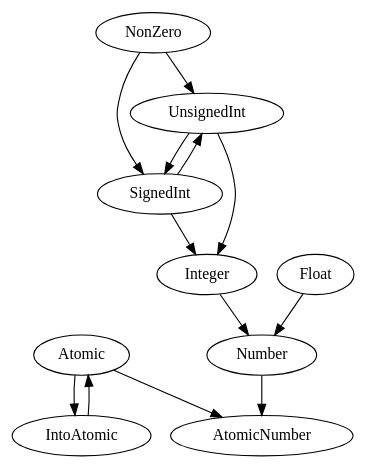
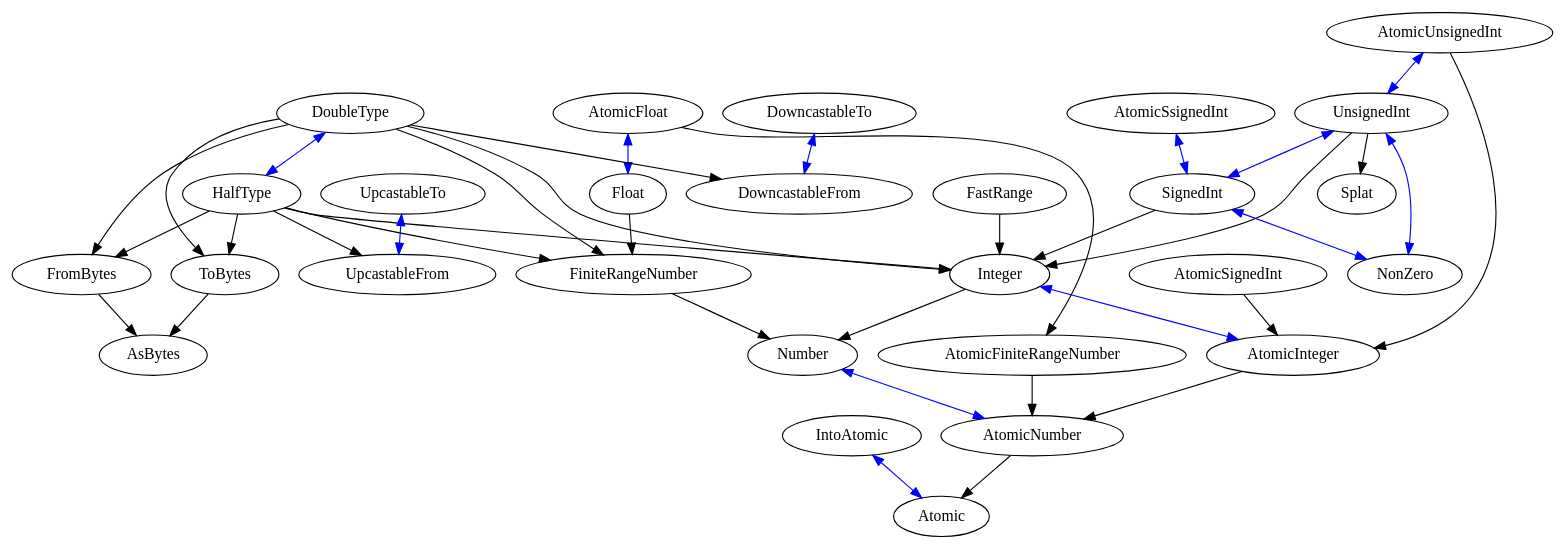
The diagram in img/deps.dot (zommiommy/common_traits), drawn with Graphviz before and after one commit. The commit also changed 13 other files, not shown here.

Commit message:
version 0.11.0, added invariants, added AtomicFloat, refactored code and doc

```diff
--- a/img/deps.dot
+++ b/img/deps.dot
@@ -1,19 +1,54 @@
 digraph G {
-    Atomic -> IntoAtomic;
-    IntoAtomic -> Atomic;
+    AtomicNumber -> Atomic;
+    AtomicInteger -> AtomicNumber;
+    Integer -> Number;
+    FiniteRangeNumber -> Number;
+    AtomicFiniteRangeNumber -> AtomicNumber;
+    Float -> FiniteRangeNumber;
+    UnsignedInt -> Integer;
+    UnsignedInt -> Splat;
+    SignedInt -> Integer;
+    AtomicUnsignedInt -> AtomicInteger;
+    AtomicSignedInt -> AtomicInteger;
+    AtomicFloat -> AtomicFiniteRangeNumber;
+
+    FastRange -> Integer;
+
+    ToBytes -> AsBytes;
+    FromBytes -> AsBytes;
+
+    DoubleType -> Integer;
+    DoubleType -> FiniteRangeNumber;
+    DoubleType -> ToBytes;
+    DoubleType -> FromBytes;
+    DoubleType -> DowncastableFrom;
+
+    HalfType -> Integer;
+    HalfType -> FiniteRangeNumber;
+    HalfType -> ToBytes;
+    HalfType -> FromBytes;
+    HalfType -> UpcastableFrom;
+
+    Number -> AtomicNumber [color = "blue", dir=both];
+
+    AtomicFloat -> Float [color = "blue", dir=both];
     
-    Atomic -> AtomicNumber;
-    Number -> AtomicNumber;
+    AtomicUnsignedInt -> UnsignedInt [color = "blue", dir=both];
     
-    NonZero -> UnsignedInt;
-    NonZero -> SignedInt;
-    
-    UnsignedInt -> Integer;
-    SignedInt -> Integer;
-    
-    UnsignedInt -> SignedInt;
-    SignedInt -> UnsignedInt;
+    AtomicSsignedInt -> SignedInt [color = "blue", dir=both];
 
-    Float -> Number;
-    Integer -> Number;
+    Integer -> AtomicInteger [color = "blue", dir=both];
+
+    UpcastableTo -> UpcastableFrom [color = "blue", dir=both];
+
+    DowncastableTo -> DowncastableFrom [color = "blue", dir=both];
+
+    IntoAtomic -> Atomic [color = "blue", dir=both];
+
+    UnsignedInt -> SignedInt [color = "blue", dir=both];
+
+    UnsignedInt -> NonZero [color = "blue", dir=both];
+    SignedInt -> NonZero [color = "blue", dir=both];
+
+    DoubleType -> HalfType [color = "blue", dir=both];
 }
```
